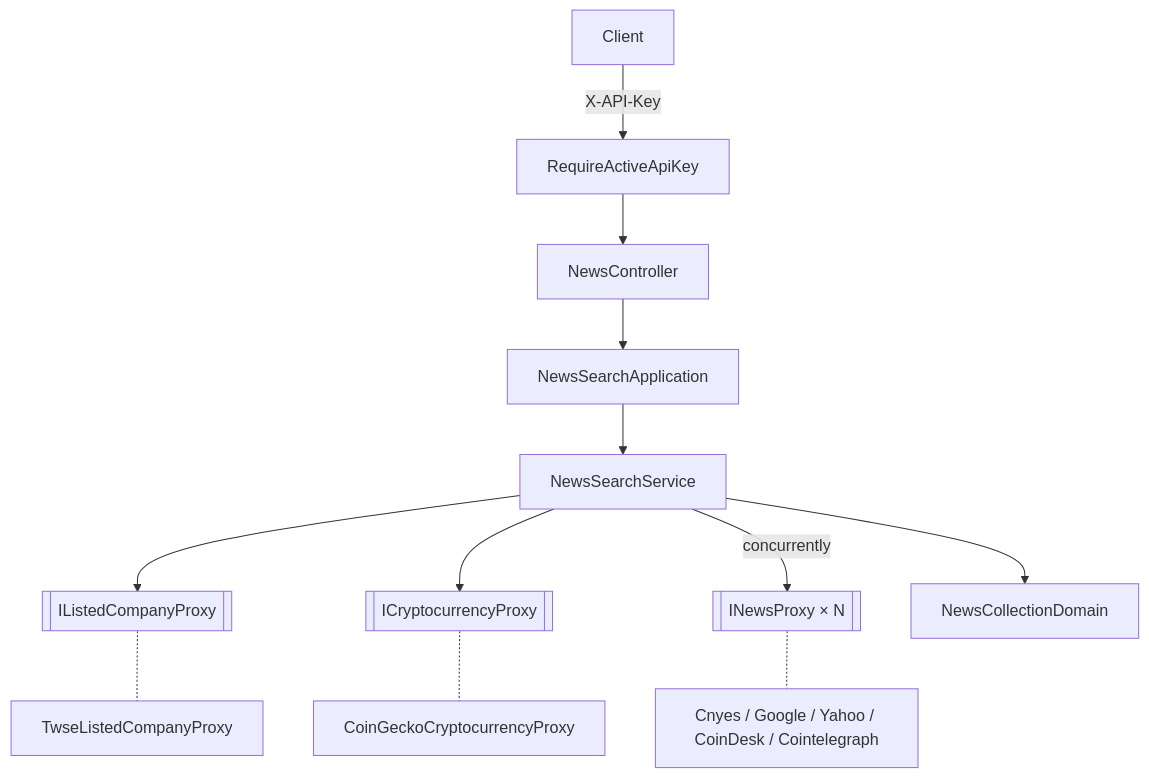
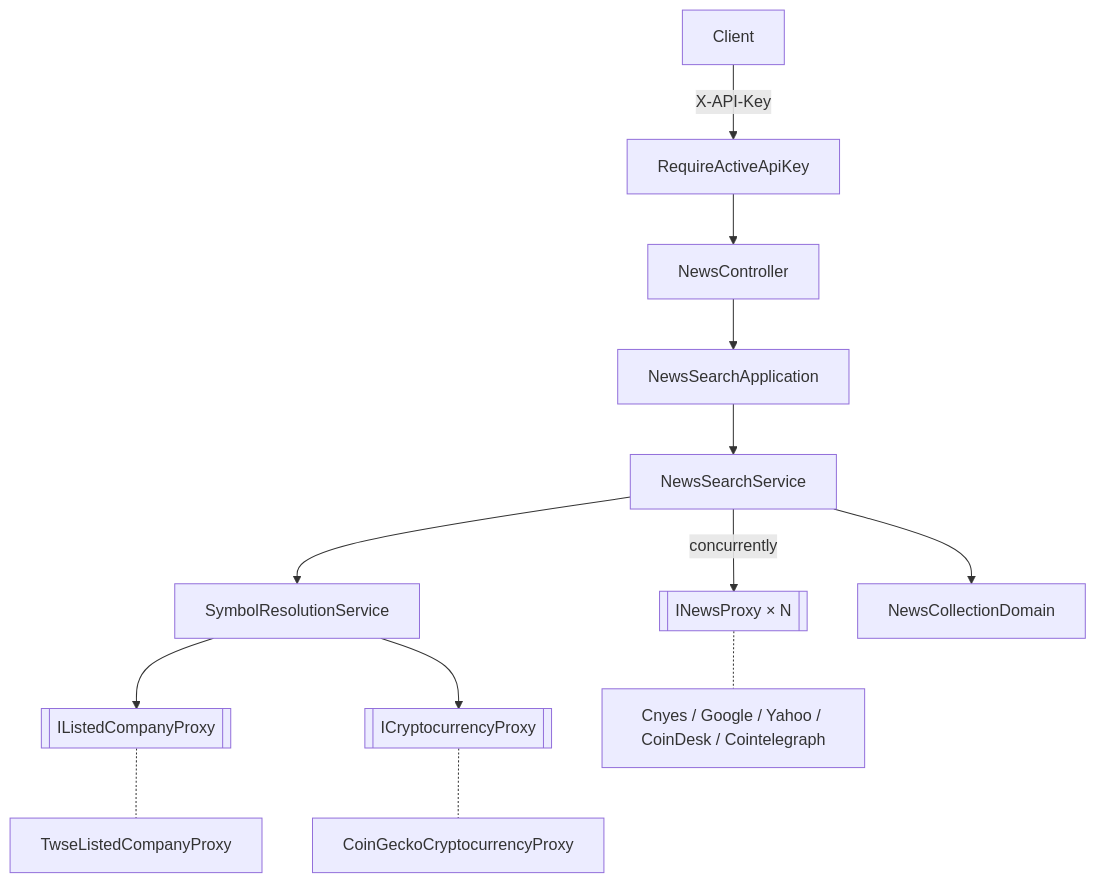
The diagram in .sdd/2026-10-06-symbol-news-search/ARCH.md (CodeMachine0121/go-news-symbol-hunter), drawn with Mermaid before and after one commit. The commit also changed other lines of this file, not shown here.

Commit message:
docs(news): record symbol resolution service and provider settings

````diff
--- a/.sdd/2026-10-06-symbol-news-search/ARCH.md
+++ b/.sdd/2026-10-06-symbol-news-search/ARCH.md
@@ -94,13 +96,14 @@
 ```mermaid
 flowchart TD
     Client -->|X-API-Key| Guard[RequireActiveApiKey]
     Guard --> NewsController
     NewsController --> NewsSearchApplication --> NewsSearchService
-    NewsSearchService --> ListedCompany[[IListedCompanyProxy]]
-    NewsSearchService --> Cryptocurrency[[ICryptocurrencyProxy]]
+    NewsSearchService --> SymbolResolutionService
+    SymbolResolutionService --> ListedCompany[[IListedCompanyProxy]]
+    SymbolResolutionService --> Cryptocurrency[[ICryptocurrencyProxy]]
     NewsSearchService -->|concurrently| NewsProxy[[INewsProxy × N]]
     NewsSearchService --> NewsCollectionDomain
     ListedCompany -.- Twse[TwseListedCompanyProxy]
     Cryptocurrency -.- CoinGecko[CoinGeckoCryptocurrencyProxy]
     NewsProxy -.- Providers[Cnyes / Google / Yahoo / CoinDesk / Cointelegraph]
 ```
````
